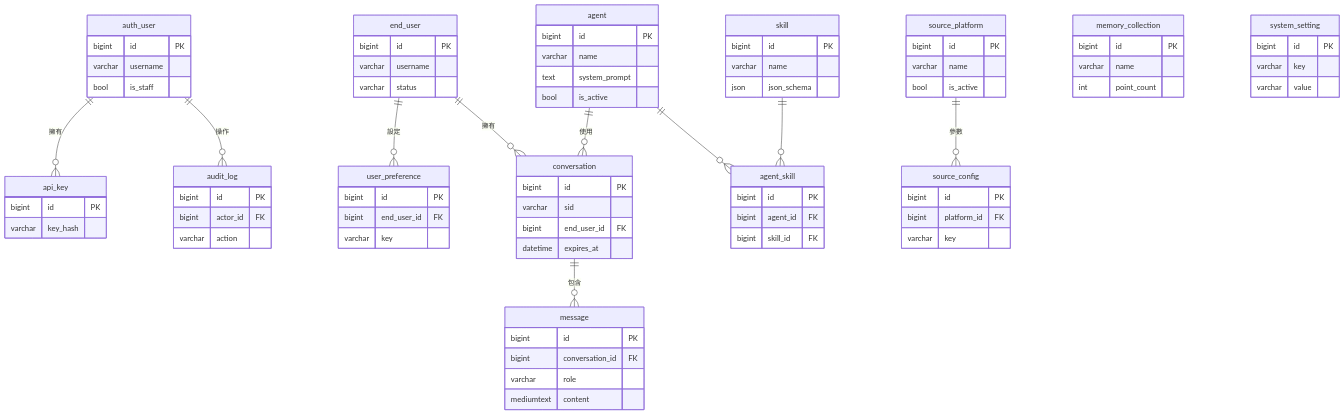
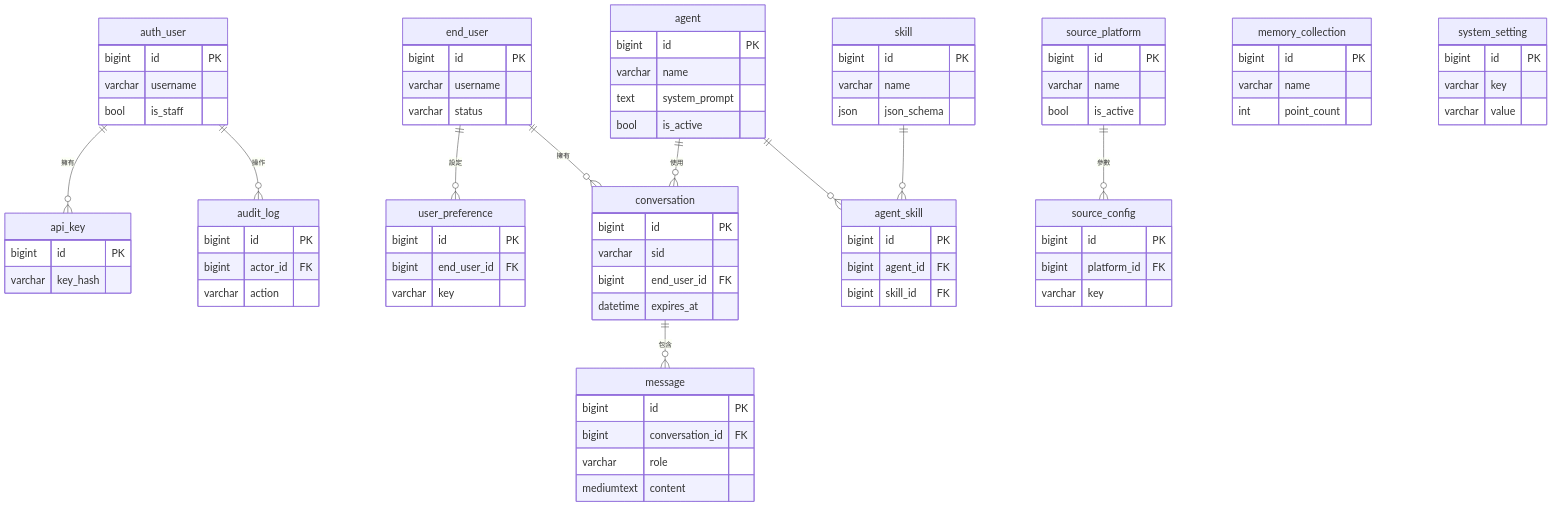
One commit to larryshu/SEIQA changed the diagram in docs/admin_backend_spec.md. Above: the diagram before and after it, drawn with Mermaid. The commit also changed other lines of this file and 6 other files, not shown here.

````diff
--- a/docs/admin_backend_spec.md
+++ b/docs/admin_backend_spec.md
@@ -122,4 +117,5 @@
 ```mermaid
+%%{init: {"theme": "default", "themeVariables": {"fontSize": "22px"}, "er": {"useMaxWidth": false, "entityPadding": 18, "minEntityWidth": 140}}}%%
 erDiagram
     auth_user ||--o{ audit_log : "操作"
     auth_user ||--o{ api_key : "擁有"
````
